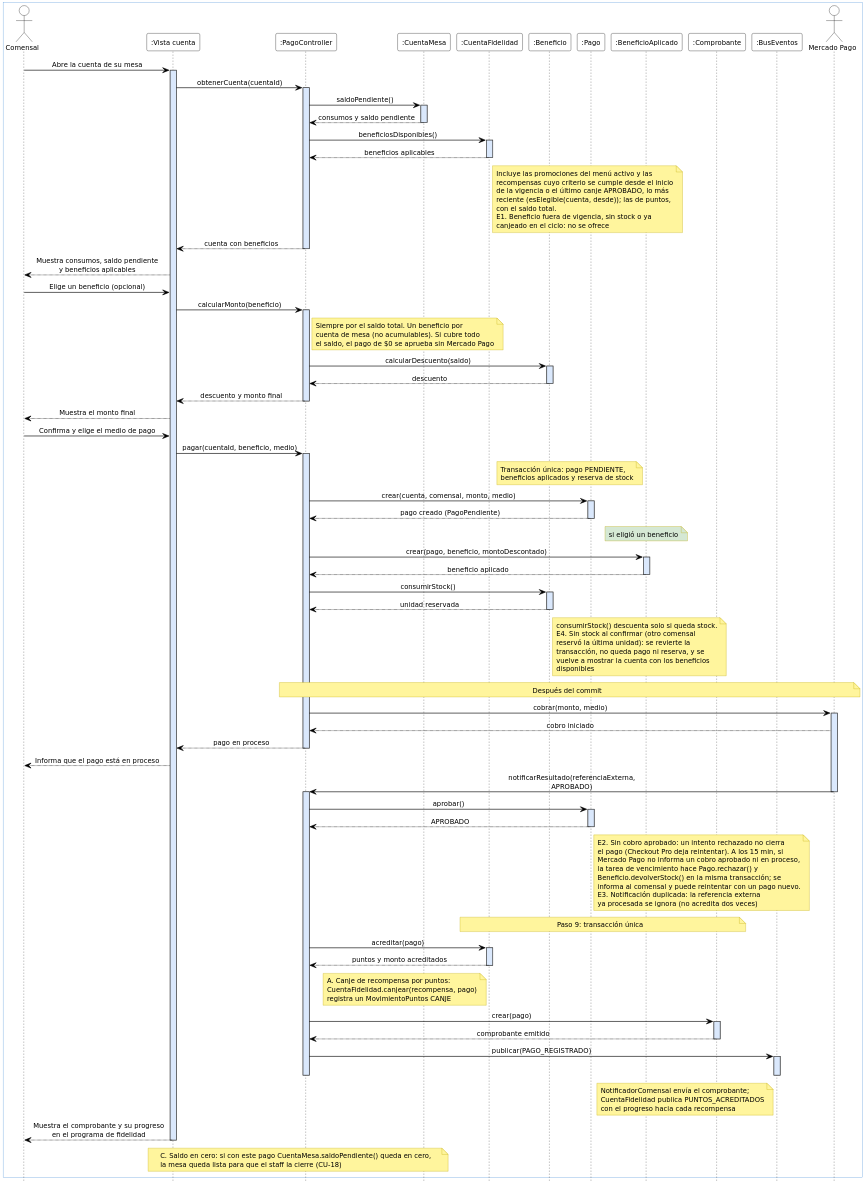
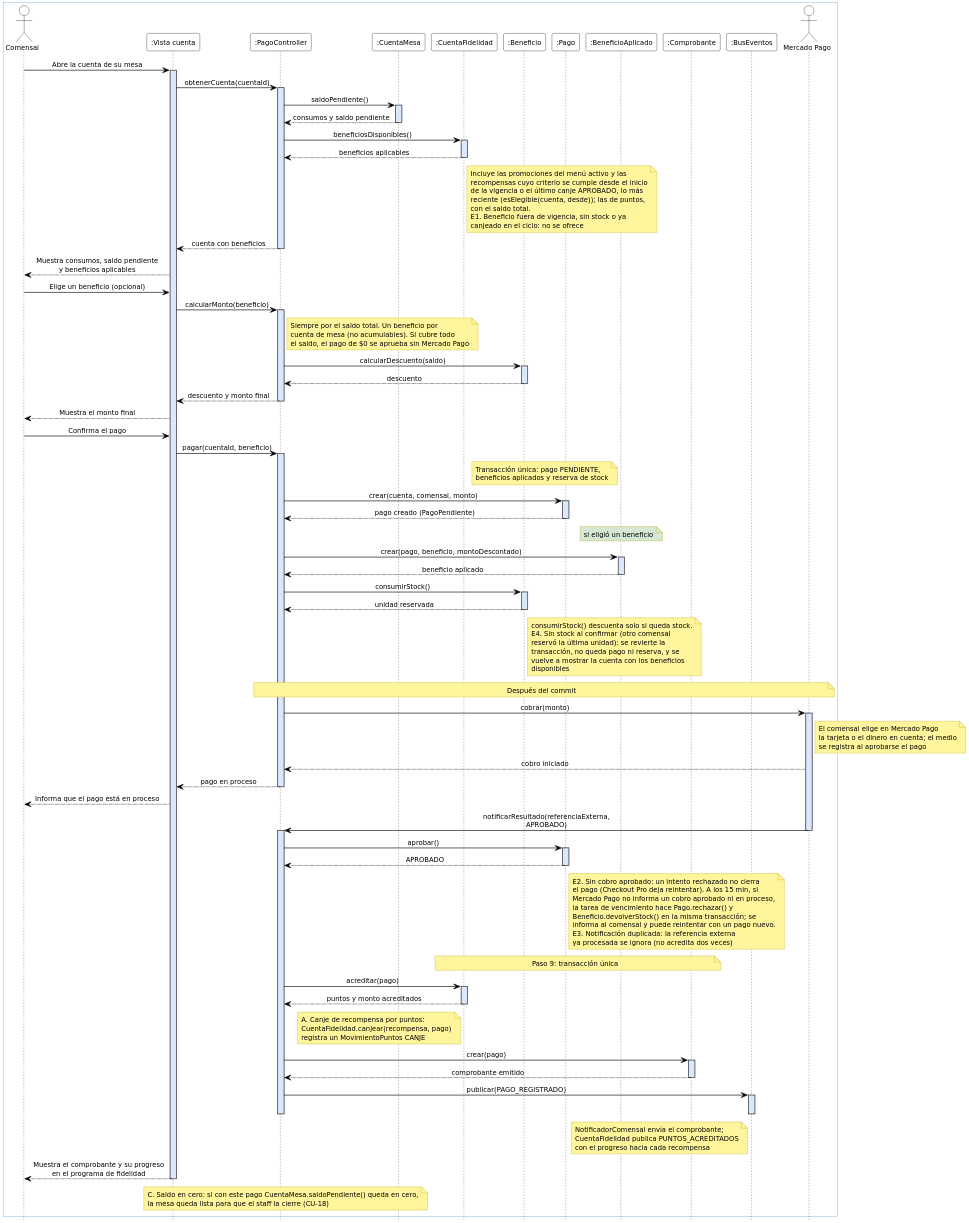
The diagram in docs/modelos/secuencia/CU-06-pagar-cuenta/v1/cu-06-secuencia-v1.puml (GabrielLigresti/TFG-PGIM), drawn with PlantUML before and after one commit. The commit also changed 12 other files, not shown here.

First line of the commit message:
Registrar en los modelos el medio de pago que informa Mercado Pago y las transiciones de la revisión

```diff
--- a/docs/modelos/secuencia/CU-06-pagar-cuenta/v1/cu-06-secuencia-v1.puml
+++ b/docs/modelos/secuencia/CU-06-pagar-cuenta/v1/cu-06-secuencia-v1.puml
@@ -1,128 +1,129 @@
 @startuml cu-06-secuencia-v1
 ' Formato Vialia: participantes ":Clase", barras de activación celestes,
 ' sin numeración ni fragmentos; los flujos alternativos y las excepciones van como notas.
 skinparam dpi 200
 skinparam defaultFontName DejaVu Sans Condensed
 skinparam defaultFontSize 12
 skinparam shadowing false
 skinparam maxMessageSize 260
 skinparam sequenceMessageAlign center
 skinparam responseMessageBelowArrow false
 skinparam ArrowColor #000000
 skinparam ArrowThickness 1
 skinparam ActorBorderColor #000000
 skinparam ActorBackgroundColor #FFFFFF
 skinparam ActorFontColor #000000
 skinparam ParticipantBorderColor #000000
 skinparam ParticipantBackgroundColor #FFFFFF
 skinparam ParticipantFontColor #000000
 skinparam NoteBorderColor #BFA800
 skinparam NoteBackgroundColor #FFF59D
 skinparam NoteFontColor #000000
 skinparam BoxPadding 12
 skinparam sequence {
   LifeLineBorderColor #444444
   LifeLineBackgroundColor #DAE8FC
   BoxBorderColor #4A90D9
   BoxBackgroundColor #FFFFFF
 }
 hide footbox
 
 box
   actor Comensal as C
   participant ":Vista cuenta" as V
   participant ":PagoController" as PGC
   participant ":CuentaMesa" as CM
   participant ":CuentaFidelidad" as CF
   participant ":Beneficio" as B
   participant ":Pago" as P
   participant ":BeneficioAplicado" as BA
   participant ":Comprobante" as CO
   participant ":BusEventos" as BUS
   actor "Mercado Pago" as MP
 end box
 
 C -> V : Abre la cuenta de su mesa
 activate V
 V -> PGC : obtenerCuenta(cuentaId)
 activate PGC
 PGC -> CM : saldoPendiente()
 activate CM
 CM --> PGC : consumos y saldo pendiente
 deactivate CM
 PGC -> CF : beneficiosDisponibles()
 activate CF
 CF --> PGC : beneficios aplicables
 deactivate CF
 note right of CF : Incluye las promociones del menú activo y las\nrecompensas cuyo criterio se cumple desde el inicio\nde la vigencia o el último canje APROBADO, lo más\nreciente (esElegible(cuenta, desde)); las de puntos,\ncon el saldo total.\nE1. Beneficio fuera de vigencia, sin stock o ya\ncanjeado en el ciclo: no se ofrece
 PGC --> V : cuenta con beneficios
 deactivate PGC
 V --> C : Muestra consumos, saldo pendiente\ny beneficios aplicables
 
 C -> V : Elige un beneficio (opcional)
 V -> PGC : calcularMonto(beneficio)
 activate PGC
 note right of PGC : Siempre por el saldo total. Un beneficio por\ncuenta de mesa (no acumulables). Si cubre todo\nel saldo, el pago de $0 se aprueba sin Mercado Pago
 PGC -> B : calcularDescuento(saldo)
 activate B
 B --> PGC : descuento
 deactivate B
 PGC --> V : descuento y monto final
 deactivate PGC
 V --> C : Muestra el monto final
 
-C -> V : Confirma y elige el medio de pago
-V -> PGC : pagar(cuentaId, beneficio, medio)
+C -> V : Confirma el pago
+V -> PGC : pagar(cuentaId, beneficio)
 activate PGC
 note over P, B : Transacción única: pago PENDIENTE,\nbeneficios aplicados y reserva de stock
-PGC -> P : crear(cuenta, comensal, monto, medio)
+PGC -> P : crear(cuenta, comensal, monto)
 activate P
 P --> PGC : pago creado (PagoPendiente)
 deactivate P
 note over BA #D5E8D4 : si eligió un beneficio
 PGC -> BA : crear(pago, beneficio, montoDescontado)
 activate BA
 BA --> PGC : beneficio aplicado
 deactivate BA
 PGC -> B : consumirStock()
 activate B
 B --> PGC : unidad reservada
 deactivate B
 note right of B : consumirStock() descuenta solo si queda stock.\nE4. Sin stock al confirmar (otro comensal\nreservó la última unidad): se revierte la\ntransacción, no queda pago ni reserva, y se\nvuelve a mostrar la cuenta con los beneficios\ndisponibles
 note over PGC, MP : Después del commit
-PGC -> MP : cobrar(monto, medio)
+PGC -> MP : cobrar(monto)
+note right of MP : El comensal elige en Mercado Pago\nla tarjeta o el dinero en cuenta; el medio\nse registra al aprobarse el pago
 activate MP
 MP --> PGC : cobro iniciado
 PGC --> V : pago en proceso
 deactivate PGC
 V --> C : Informa que el pago está en proceso
 
 MP -> PGC : notificarResultado(referenciaExterna, APROBADO)
 deactivate MP
 activate PGC
 PGC -> P : aprobar()
 activate P
 P --> PGC : APROBADO
 deactivate P
 note right of P : E2. Sin cobro aprobado: un intento rechazado no cierra\nel pago (Checkout Pro deja reintentar). A los 15 min, si\nMercado Pago no informa un cobro aprobado ni en proceso,\nla tarea de vencimiento hace Pago.rechazar() y\nBeneficio.devolverStock() en la misma transacción; se\ninforma al comensal y puede reintentar con un pago nuevo.\nE3. Notificación duplicada: la referencia externa\nya procesada se ignora (no acredita dos veces)
 
 note over CF, CO : Paso 9: transacción única
 PGC -> CF : acreditar(pago)
 activate CF
 CF --> PGC : puntos y monto acreditados
 deactivate CF
 note left of CF : A. Canje de recompensa por puntos:\nCuentaFidelidad.canjear(recompensa, pago)\nregistra un MovimientoPuntos CANJE
 PGC -> CO : crear(pago)
 activate CO
 CO --> PGC : comprobante emitido
 deactivate CO
 
 PGC -> BUS : publicar(PAGO_REGISTRADO)
 activate BUS
 deactivate BUS
 note left of BUS : NotificadorComensal envía el comprobante;\nCuentaFidelidad publica PUNTOS_ACREDITADOS\ncon el progreso hacia cada recompensa
 deactivate PGC
 V --> C : Muestra el comprobante y su progreso\nen el programa de fidelidad
 deactivate V
 note over V, CM : C. Saldo en cero: si con este pago CuentaMesa.saldoPendiente() queda en cero,\nla mesa queda lista para que el staff la cierre (CU-18)
 @enduml
```
